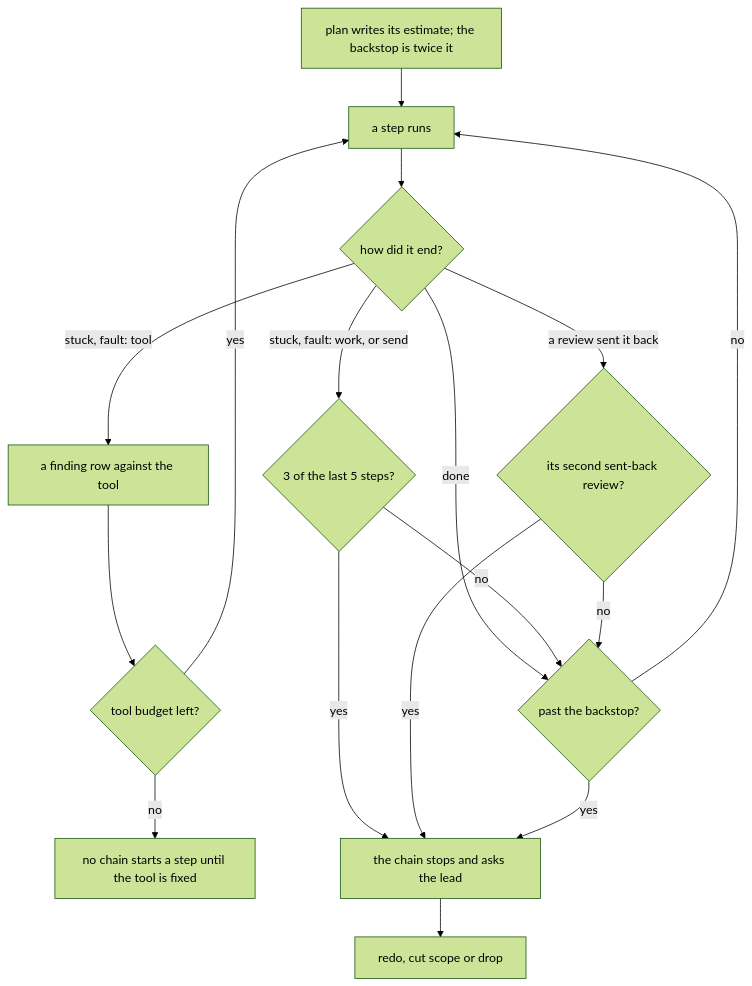
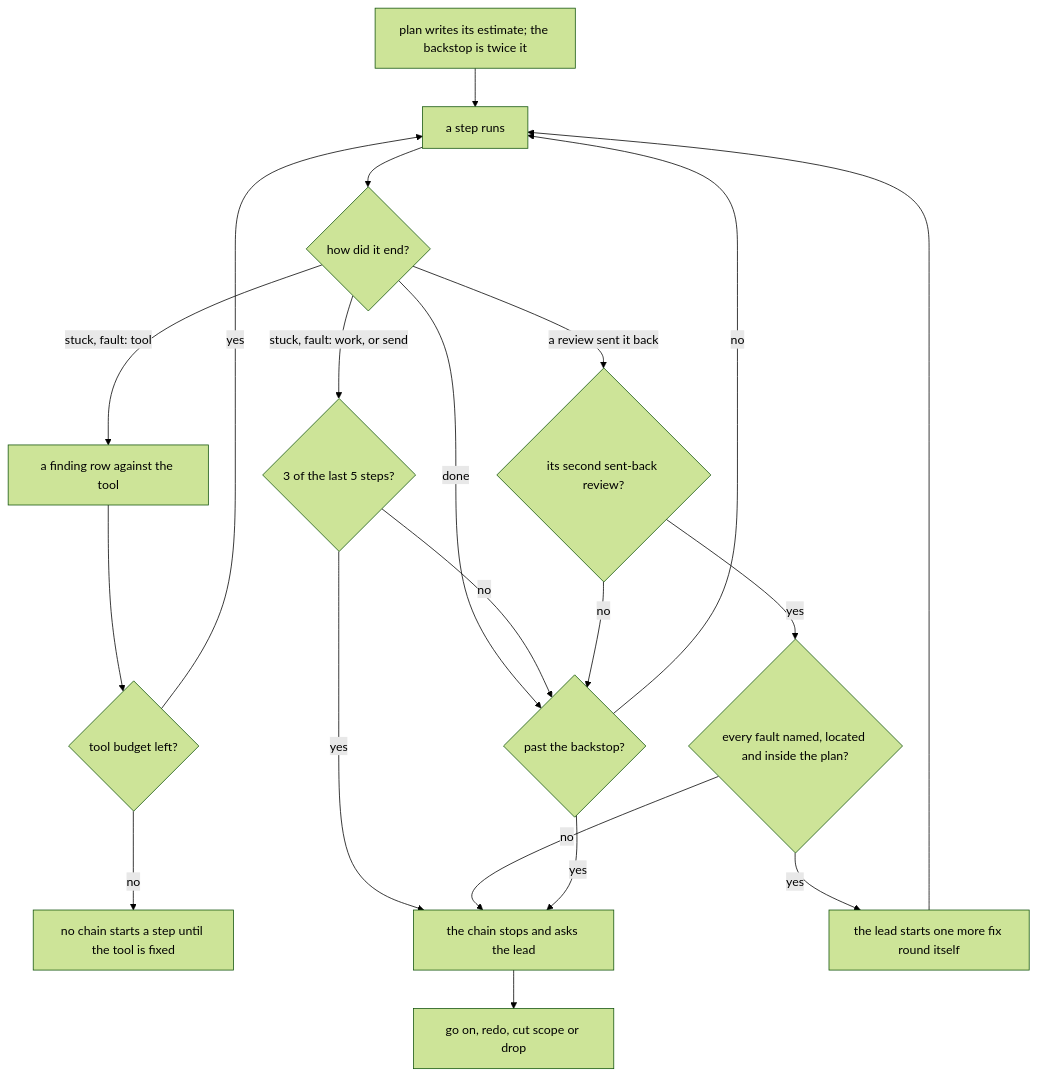
Before and after one commit to kamp-us/tea-fabrika: the diagram in .decisions/0076-a-lane-stops-at-its-budget.md, drawn with Mermaid (forest theme). The commit also changed other lines of this file and 8 other files, not shown here.

````diff
--- a/.decisions/0076-a-lane-stops-at-its-budget.md
+++ b/.decisions/0076-a-lane-stops-at-its-budget.md
@@ -15,19 +16,22 @@
 ```mermaid
 flowchart TD
   plan["plan writes its estimate; the backstop is twice it"] --> step["a step runs"]
   step --> how{"how did it end?"}
   how -- "stuck, fault: tool" --> finding["a finding row against the tool"]
   finding --> tools{"tool budget left?"}
   tools -- "yes" --> step
   tools -- "no" --> hold["no chain starts a step until the tool is fixed"]
   how -- "stuck, fault: work, or send" --> window{"3 of the last 5 steps?"}
   how -- "a review sent it back" --> second{"its second sent-back review?"}
   how -- "done" --> backstop{"past the backstop?"}
   window -- "no" --> backstop
   window -- "yes" --> stop["the chain stops and asks the lead"]
   second -- "no" --> backstop
-  second -- "yes" --> stop
+  second -- "yes" --> faults{"every fault named, located and inside the plan?"}
+  faults -- "yes" --> fix["the lead starts one more fix round itself"]
+  fix --> step
+  faults -- "no" --> stop
   backstop -- "no" --> step
   backstop -- "yes" --> stop
-  stop --> answers["redo, cut scope or drop"]
+  stop --> answers["go on, redo, cut scope or drop"]
 ```
````
